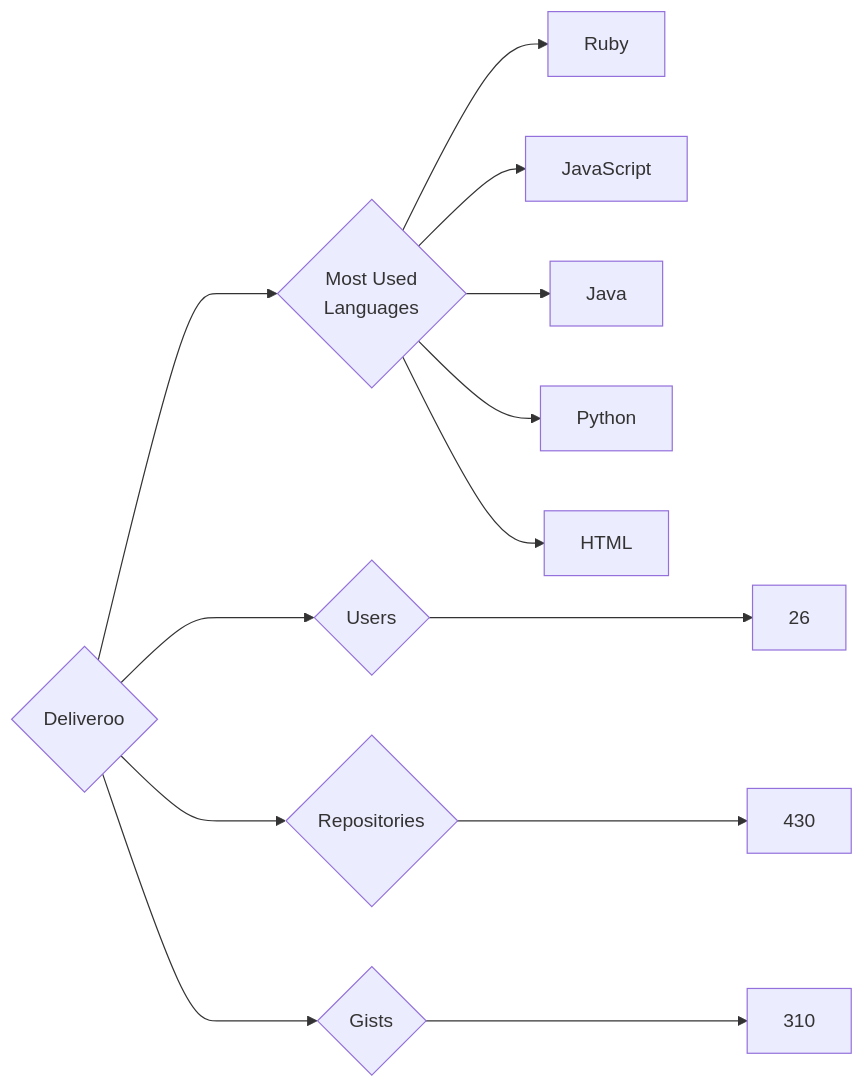
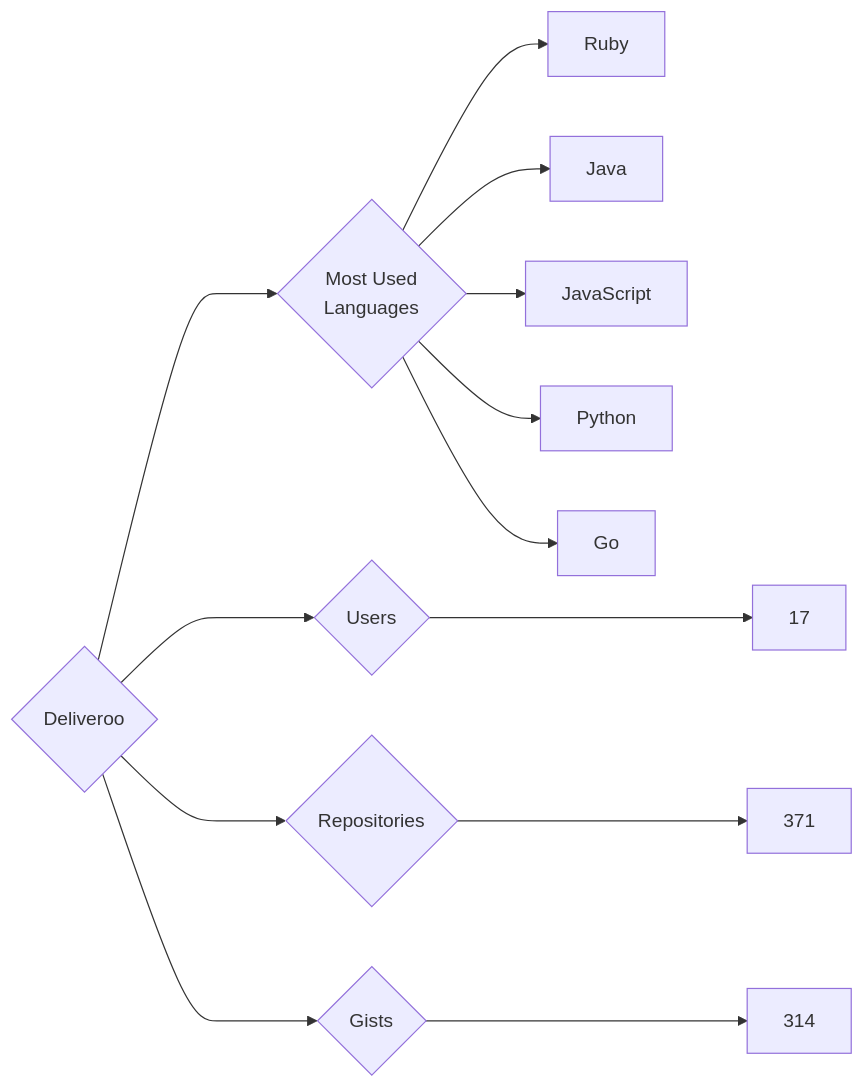
The diagram in targets/Deliveroo/README.md (trickest/insiders), drawn with Mermaid before and after one commit. The commit also changed 925 other files, not shown here.

````diff
--- a/targets/Deliveroo/README.md
+++ b/targets/Deliveroo/README.md
@@ -3,13 +3,13 @@
 ```mermaid
 graph LR
 COMPANY_NAME{Deliveroo}
-COMPANY_NAME ---> U{Users} ---> UN[26]
-COMPANY_NAME ---> R{Repositories} ---> RN[430]
-COMPANY_NAME ---> G{Gists} ---> GN[310]
+COMPANY_NAME ---> U{Users} ---> UN[17]
+COMPANY_NAME ---> R{Repositories} ---> RN[371]
+COMPANY_NAME ---> G{Gists} ---> GN[314]
 COMPANY_NAME ---> ML{Most Used<br>Languages}
 ML --> Ruby[Ruby]
+ML --> Java[Java]
 ML --> JavaScript[JavaScript]
-ML --> Java[Java]
 ML --> Python[Python]
-ML --> HTML[HTML]
+ML --> Go[Go]
 ```
````
